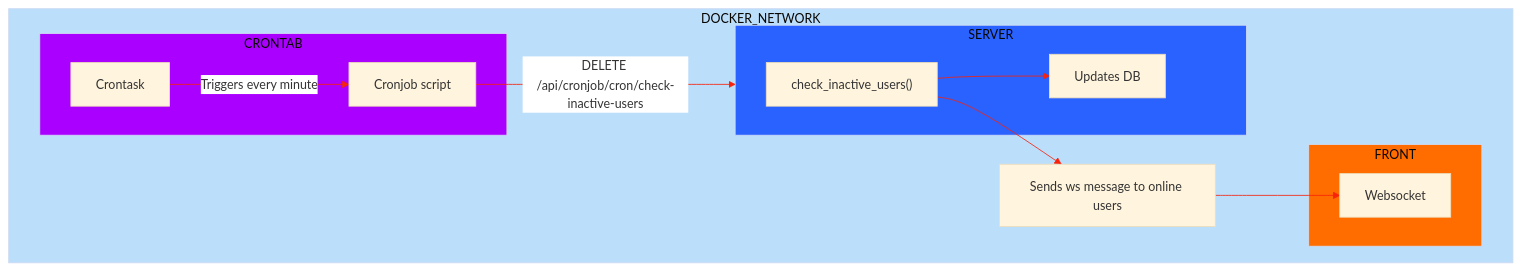
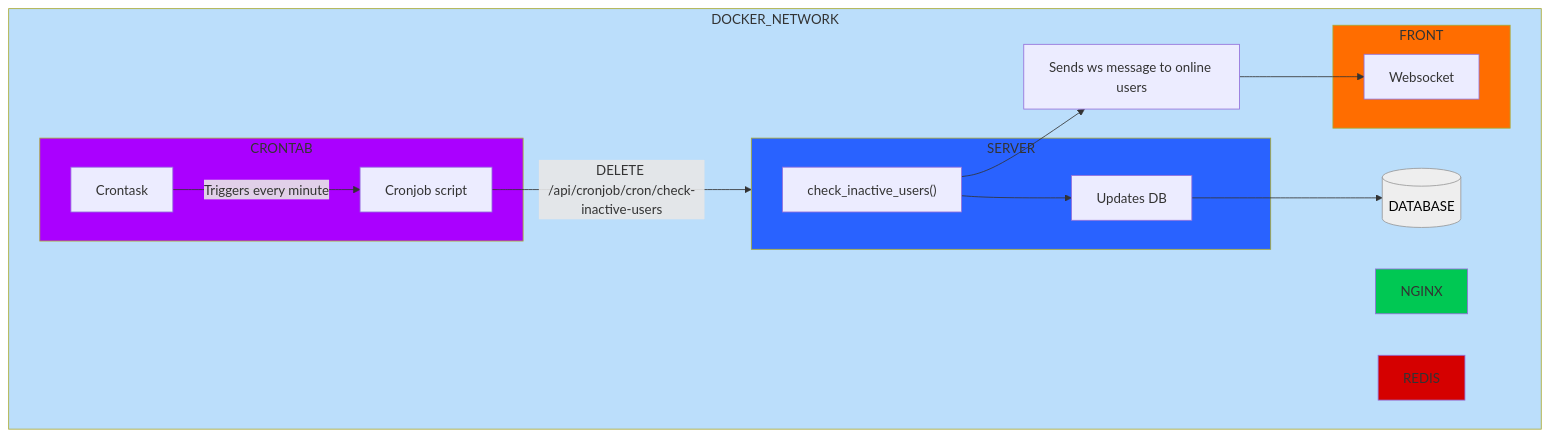
The diagram in doc/crontab/CRONTAB.md (ysengoku/42-ft_transcendence), drawn with Mermaid before and after one commit.

Commit message:
minor: added other containers name, since I named the big rectangle DOCKER_NETWORK

````diff
--- a/doc/crontab/CRONTAB.md
+++ b/doc/crontab/CRONTAB.md
@@ -89,41 +89,51 @@
 ```mermaid
 ---
 config:
-  layout: dagre
-  look: classic
-  theme: base
-  themeVariables:
-    lineColor: '#f7230c'
-    textColor: '#191919'
-    fontSize: 15px
-    nodeTextColor: '#000'
-    edgeLabelBackground: '#fff'
+layout: dagre
+look: classic
+theme: base
+themeVariables:
+lineColor: '#f7230c'
+textColor: '#191919'
+fontSize: 15px
+edgeLabelBackground: '#fff'
+
 ---
+
 flowchart TD
 subgraph CRONJOB["CRONTAB"]
 A["Cronjob script"]
 T["Crontask"]
 end
 subgraph SERVER["SERVER"]
 D["check_inactive_users()"]
 E["Updates DB"]
 end
 subgraph FRONT["FRONT"]
 W["Websocket"]
 end
 subgraph DOCKER_NETWORK["DOCKER_NETWORK"]
 CRONJOB
 F["Sends ws message to online users"]
 SERVER
 FRONT
+NGINX["NGINX"]
+DATABASE["DATABASE"]
+REDIS["REDIS"]
 end
-T -- "Triggers every minute" --> A
+T -- Triggers every minute --> A
 A -- "DELETE /api/cronjob/cron/check-inactive-users" --> SERVER
-D --> E
-D --> F --> W
+D --> E & F
+E --> DATABASE
+F --> W
+DATABASE@{ shape: cyl}
+DATABASE:::Ash
+classDef Ash stroke-width:1px, stroke-dasharray:none, stroke:#999999, fill:#EEEEEE, color:#000000
+style CRONJOB fill:#AA00FF
+style SERVER fill:#2962FF
+style FRONT fill:#FF6D00
+style NGINX fill:#00C853
+style REDIS fill:#D50000
+style DOCKER_NETWORK fill:#BBDEFB
 
-    style CRONJOB fill:#AA00FF
-    style SERVER fill:#2962FF
-    style FRONT fill:#FF6D00
-    style DOCKER_NETWORK fill:#BBDEFB
 ```
````
